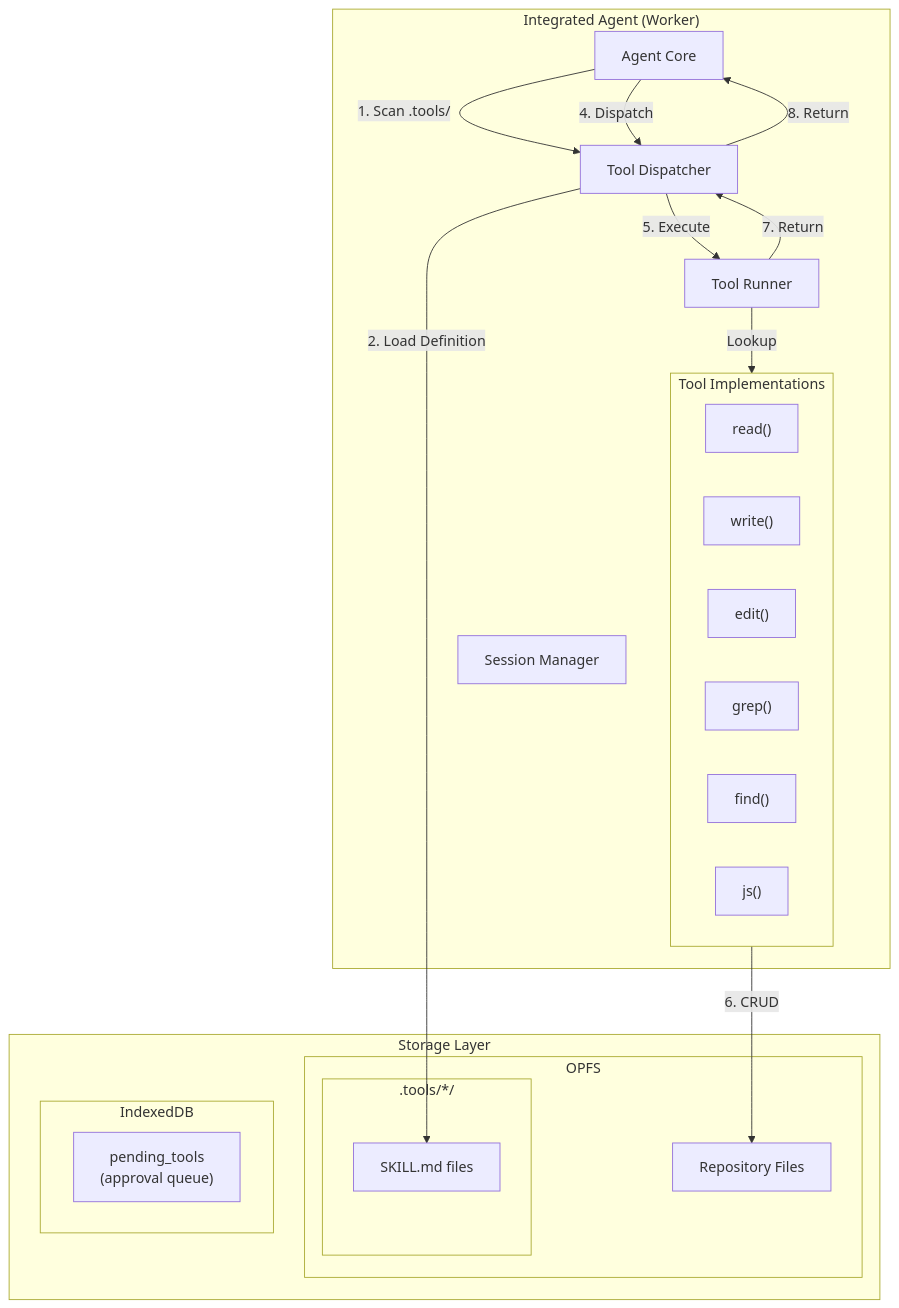
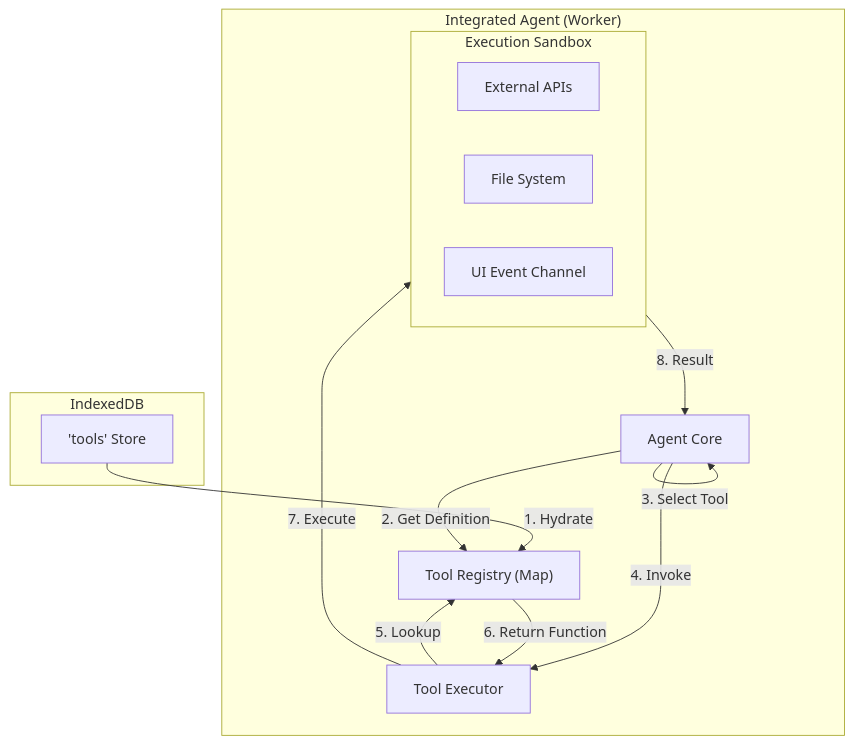
The second of 5 diagrams in ARCHITECTURE.md (weolopez/aarchie-aardvark), drawn with Mermaid before and after one commit. The commit also changed other lines of this file, not shown here.

````diff
--- a/ARCHITECTURE.md
+++ b/ARCHITECTURE.md
@@ -129,42 +114,32 @@
 ```mermaid
 flowchart TB
     subgraph AgentWorker["Integrated Agent (Worker)"]
         AgentCore["Agent Core"]
-        ToolDispatcher["Tool Dispatcher"]
-        ToolRunner["Tool Runner"]
-        SessionMgr["Session Manager"]
+        Registry["Tool Registry (Map)"]
+        Executor["Tool Executor"]
         
-        subgraph ToolImpls["Tool Implementations"]
-            Read["read()"]
-            Write["write()"]
-            Edit["edit()"]
-            Grep["grep()"]
-            Find["find()"]
-            JS["js()"]
+        subgraph Scope["Execution Sandbox"]
+            API["External APIs"]
+            OPFS["File System"]
+            UIChannel["UI Event Channel"]
         end
     end
     
-    subgraph Storage["Storage Layer"]
-        subgraph OPFS["OPFS"]
-            RepoFiles["Repository Files"]
-            subgraph ToolDirs[".tools/*/"]
-                SkillMdFiles["SKILL.md files"]
-            end
-        end
-        subgraph IndexedDB["IndexedDB"]
-            PendingTools["pending_tools<br/>(approval queue)"]
-        end
+    subgraph Storage["IndexedDB"]
+        DBTools["'tools' Store"]
     end
     
-    AgentCore -->|1. Scan .tools/| ToolDispatcher
-    AgentCore -->|4. Dispatch| ToolDispatcher
+    %% Startup
+    DBTools -->|1. Hydrate| Registry
     
-    ToolDispatcher -->|2. Load Definition| SkillMdFiles
-    ToolDispatcher -->|5. Execute| ToolRunner
+    %% Execution Loop
+    AgentCore -->|2. Get Definition| Registry
+    AgentCore -->|3. Select Tool| AgentCore
+    AgentCore -->|4. Invoke| Executor
     
-    ToolRunner -->|Lookup| ToolImpls
-    ToolImpls -->|6. CRUD| RepoFiles
+    Executor -->|5. Lookup| Registry
+    Registry -->|6. Return Function| Executor
     
-    ToolRunner -->|7. Return| ToolDispatcher
-    ToolDispatcher -->|8. Return| AgentCore
+    Executor -->|7. Execute| Scope
+    Scope -->|8. Result| AgentCore
 ```
````
